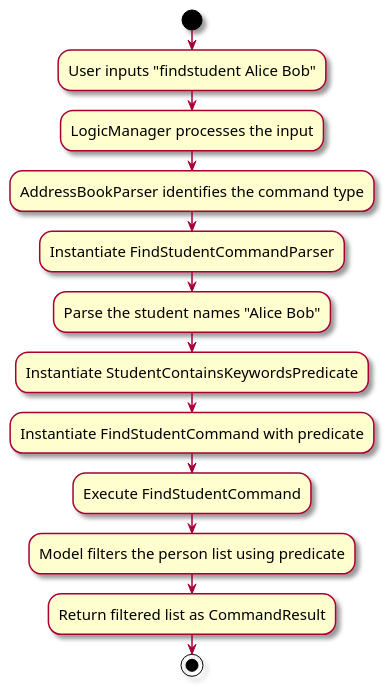
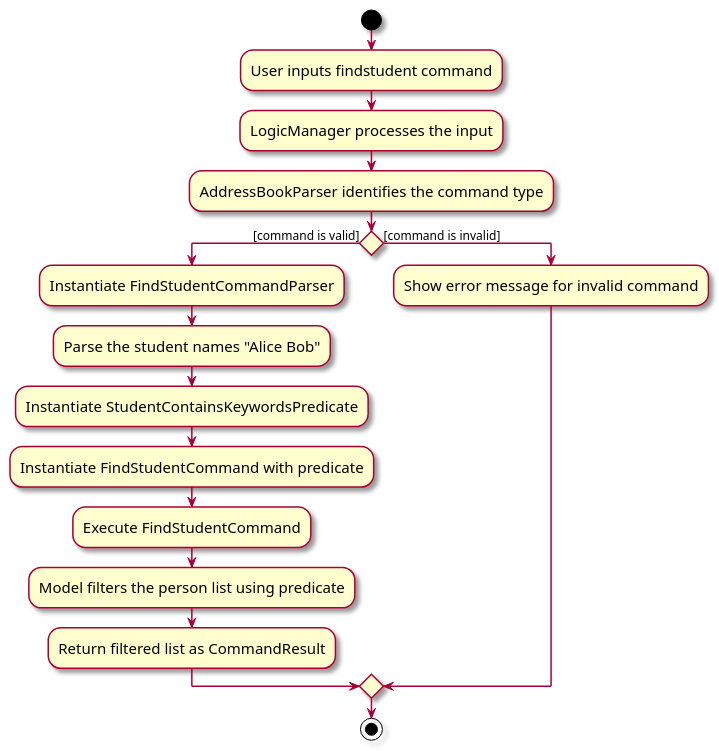
Before and after one commit to tanteckfang/tp: the diagram in docs/diagrams/FindstudentActivityDiagram.puml, drawn with PlantUML. The commit also changed 12 other files, not shown here.

```diff
--- a/docs/diagrams/FindstudentActivityDiagram.puml
+++ b/docs/diagrams/FindstudentActivityDiagram.puml
@@ -1,30 +1,28 @@
 @startuml
 skin rose
 skinparam ActivityFontSize 15
 skinparam ArrowFontSize 12
 
 start
 
-:User inputs "findstudent Alice Bob";
+:User inputs findstudent command;
 
 :LogicManager processes the input;
 
 :AddressBookParser identifies the command type;
 
-:Instantiate FindStudentCommandParser;
-
-:Parse the student names "Alice Bob";
-
-:Instantiate StudentContainsKeywordsPredicate;
-
-:Instantiate FindStudentCommand with predicate;
-
-:Execute FindStudentCommand;
-
-:Model filters the person list using predicate;
-
-:Return filtered list as CommandResult;
+if () then ([command is valid])
+    :Instantiate FindStudentCommandParser;
+    :Parse the student names "Alice Bob";
+    :Instantiate StudentContainsKeywordsPredicate;
+    :Instantiate FindStudentCommand with predicate;
+    :Execute FindStudentCommand;
+    :Model filters the person list using predicate;
+    :Return filtered list as CommandResult;
+else ([command is invalid])
+    :Show error message for invalid command;
+endif
 
 stop
 
 @enduml
```
